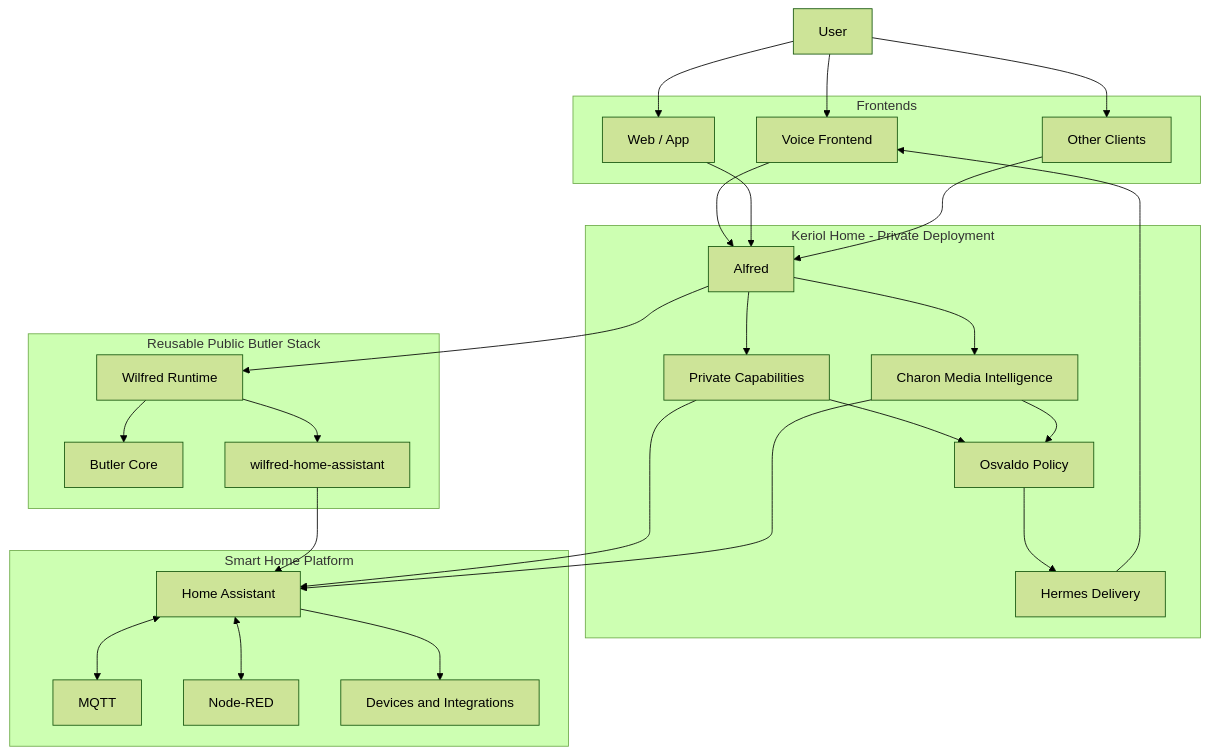
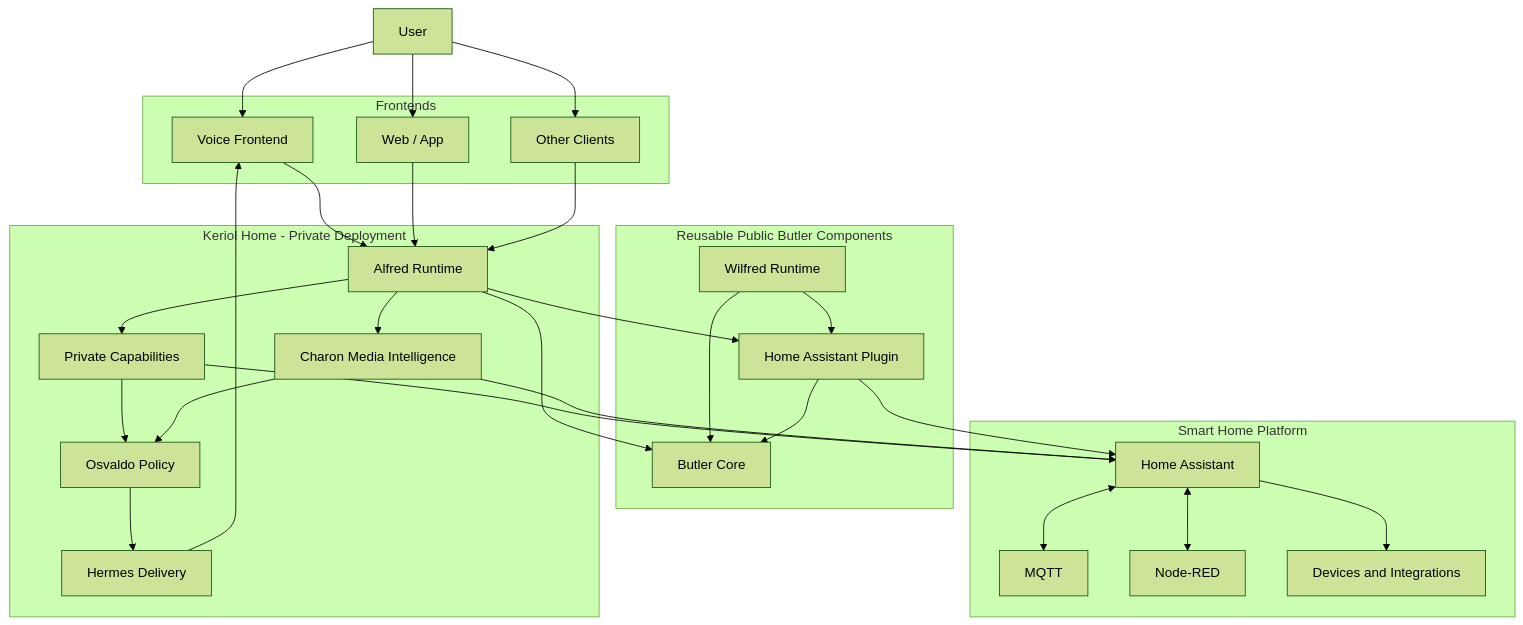
The diagram in docs/diagrams/architecture.md (keriol/Iot-home-automation), drawn with Mermaid (forest theme) before and after one commit. The commit also changed other lines of this file, not shown here.

Commit message:
docs(diagram): show sibling runtimes and HAP [DOC-007]

````diff
--- a/docs/diagrams/architecture.md
+++ b/docs/diagrams/architecture.md
@@ -3,60 +3,62 @@
 ```mermaid
 flowchart TD
     User[User]
 
     subgraph Frontends
         Voice[Voice Frontend]
         Web[Web / App]
         Other[Other Clients]
     end
 
     subgraph Private["Keriol Home - Private Deployment"]
-        Alfred[Alfred]
+        Alfred[Alfred Runtime]
         Osvaldo[Osvaldo Policy]
         Charon[Charon Media Intelligence]
         Hermes[Hermes Delivery]
         PrivateCaps[Private Capabilities]
     end
 
-    subgraph Public["Reusable Public Butler Stack"]
+    subgraph Public["Reusable Public Butler Components"]
+        Core[Butler Core]
         Wilfred[Wilfred Runtime]
-        Core[Butler Core]
-        HAPlugin[wilfred-home-assistant]
+        HAP[Home Assistant Plugin]
     end
 
     subgraph Home["Smart Home Platform"]
         HA[Home Assistant]
         MQTT[MQTT]
         NodeRED[Node-RED]
         Devices[Devices and Integrations]
     end
 
     User --> Voice
     User --> Web
     User --> Other
 
     Voice --> Alfred
     Web --> Alfred
     Other --> Alfred
 
-    Alfred --> Wilfred
     Wilfred --> Core
+    Alfred --> Core
+    HAP --> Core
 
-    Wilfred --> HAPlugin
-    HAPlugin --> HA
+    Wilfred --> HAP
+    Alfred --> HAP
+    HAP --> HA
 
     Alfred --> PrivateCaps
     Alfred --> Charon
 
     PrivateCaps --> Osvaldo
     Charon --> Osvaldo
     Osvaldo --> Hermes
     Hermes --> Voice
 
     PrivateCaps --> HA
     Charon --> HA
 
     HA --> Devices
     HA <--> MQTT
     HA <--> NodeRED
 ```
````
